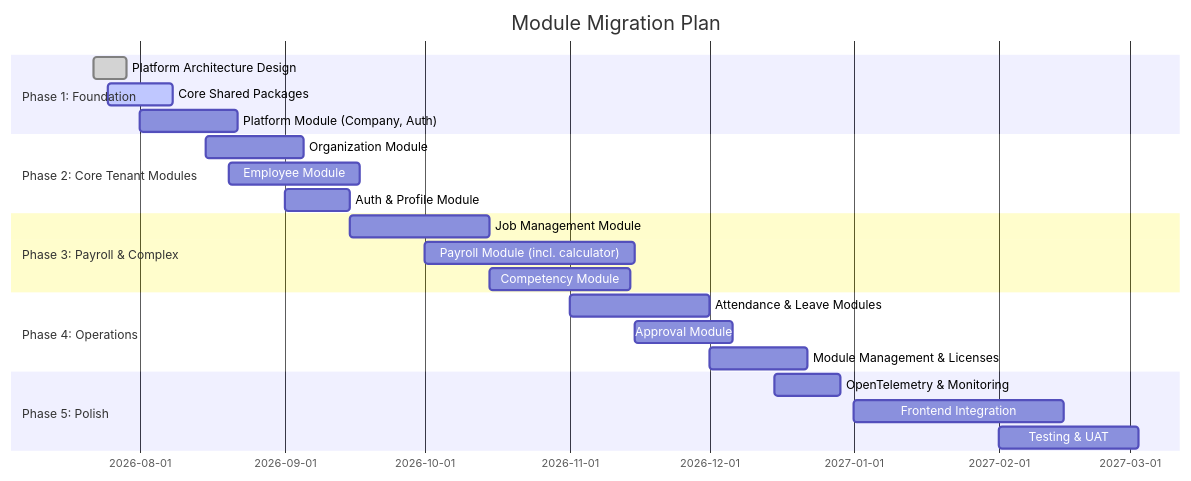
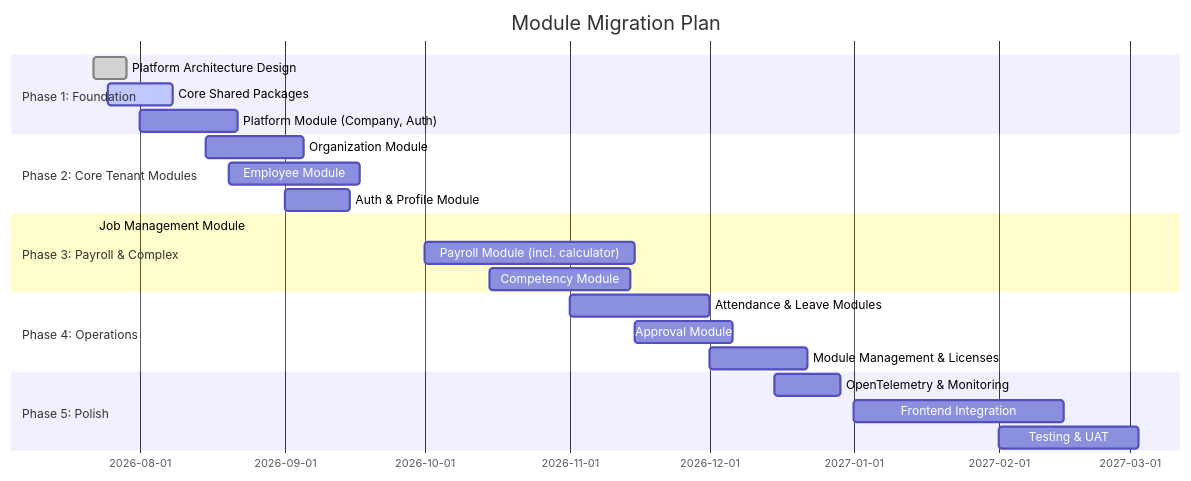
One commit to asepdederuswanda/hris changed the eighth of 8 diagrams in docs/platform-architecture-design.md. Above: the diagram before and after it, drawn with Mermaid. The commit also changed 18 other files, not shown here.

Commit message:
be:job management

````diff
--- a/docs/platform-architecture-design.md
+++ b/docs/platform-architecture-design.md
@@ -2056,29 +2056,29 @@
 ```mermaid
 gantt
     title Module Migration Plan
     dateFormat  YYYY-MM-DD
     section Phase 1: Foundation
     Platform Architecture Design       :done, 2026-07-22, 7d
     Core Shared Packages               :active, 2026-07-25, 14d
     Platform Module (Company, Auth)    :2026-08-01, 21d
     
     section Phase 2: Core Tenant Modules
     Organization Module                :2026-08-15, 21d
     Employee Module                    :2026-08-20, 28d
     Auth & Profile Module              :2026-09-01, 14d
     
     section Phase 3: Payroll & Complex
-    Job Management Module              :2026-09-15, 30d
+    Job Management Module              :done, 2026-07-22, 2026-07-22
     Payroll Module (incl. calculator)  :2026-10-01, 45d
     Competency Module                  :2026-10-15, 30d
     
     section Phase 4: Operations
     Attendance & Leave Modules         :2026-11-01, 30d
     Approval Module                    :2026-11-15, 21d
     Module Management & Licenses       :2026-12-01, 21d
     
     section Phase 5: Polish
     OpenTelemetry & Monitoring         :2026-12-15, 14d
     Frontend Integration               :2027-01-01, 45d
     Testing & UAT                      :2027-02-01, 30d
 ```
````
